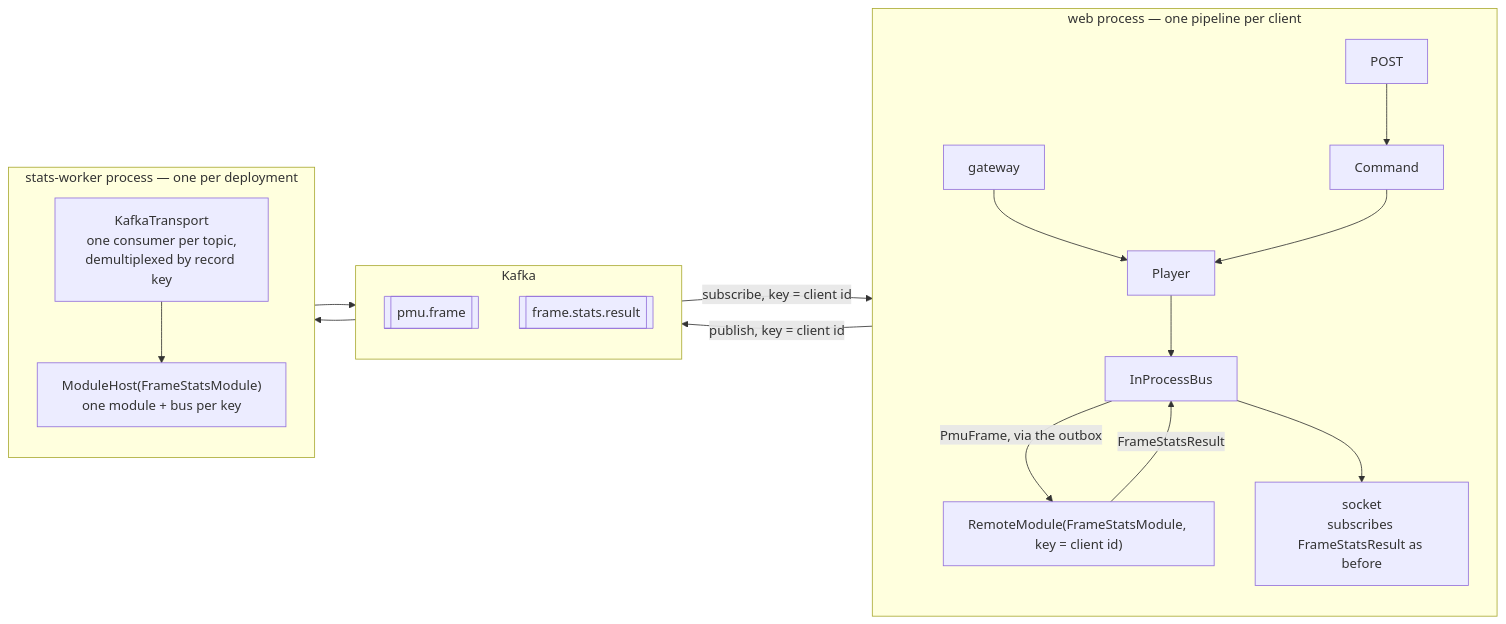
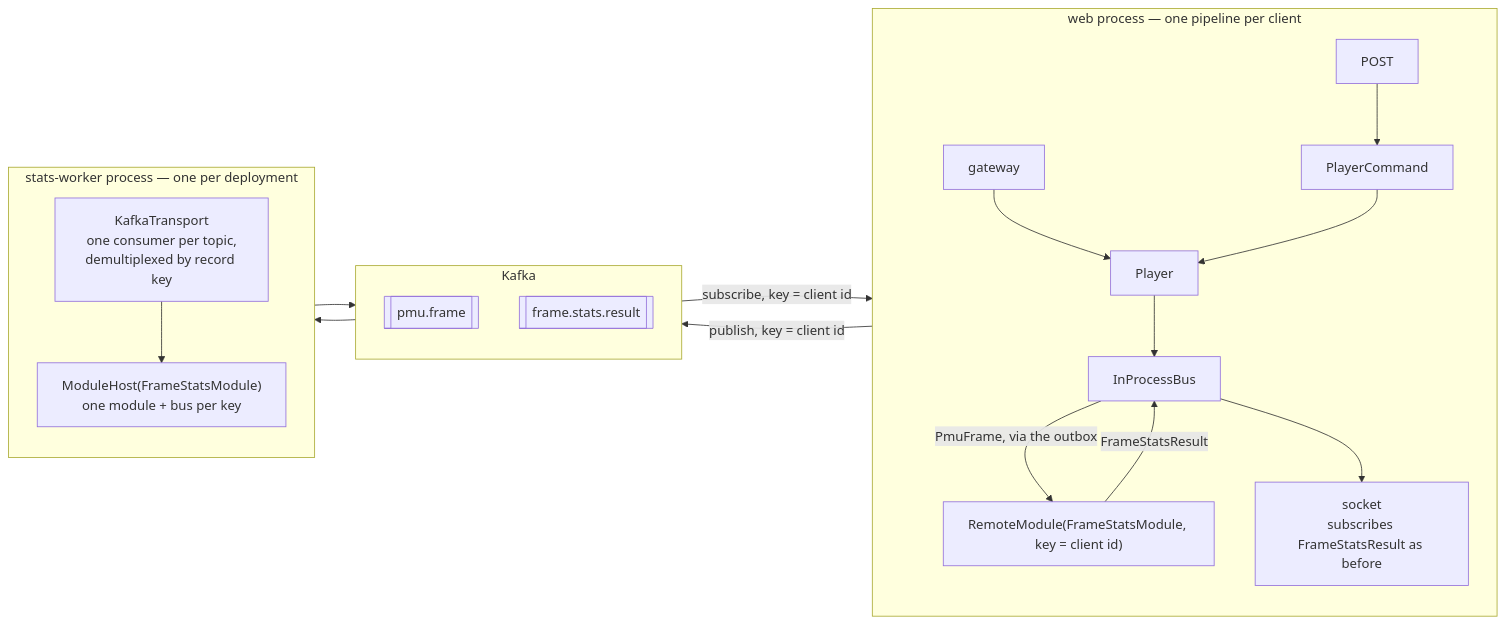
The fourth of 5 diagrams in doc/server-data-architecture.md (thomanil/p-SWAMP), drawn with Mermaid before and after one commit. The commit also changed other lines of this file and 31 other files, not shown here.

````diff
--- a/doc/server-data-architecture.md
+++ b/doc/server-data-architecture.md
@@ -750,28 +808,28 @@
 ```mermaid
 flowchart LR
     subgraph web["web process — one pipeline per client"]
         direction TB
         gw["gateway"] --> player["Player"] --> bus["InProcessBus"]
-        post["POST"] --> cmd["Command"] --> player
+        post["POST"] --> cmd["PlayerCommand"] --> player
         rm["RemoteModule(FrameStatsModule, key = client id)"]
         ws["socket<br/>subscribes FrameStatsResult as before"]
         bus -- "PmuFrame, via the outbox" --> rm
         rm -- FrameStatsResult --> bus
         bus --> ws
     end
     subgraph broker["Kafka"]
         direction TB
         t1[["pmu.frame"]]
         t2[["frame.stats.result"]]
     end
     subgraph worker["stats-worker process — one per deployment"]
         direction TB
         kt["KafkaTransport<br/>one consumer per topic,<br/>demultiplexed by record key"]
         host["ModuleHost(FrameStatsModule)<br/>one module + bus per key"]
         kt --> host
     end
     rm -- "publish, key = client id" --> t1
     t1 --> kt
     host --> t2
     t2 -- "subscribe, key = client id" --> rm
 ```
````
